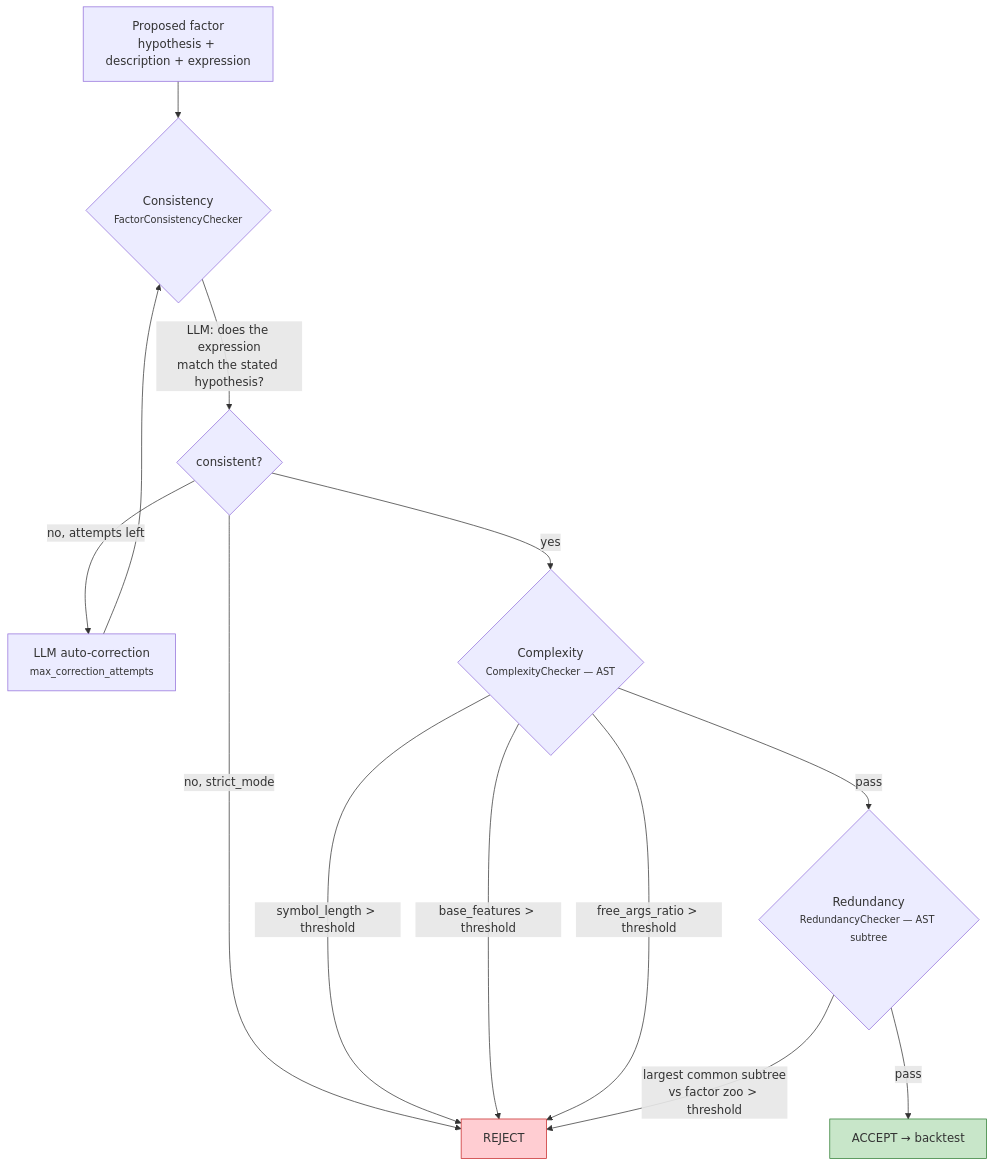
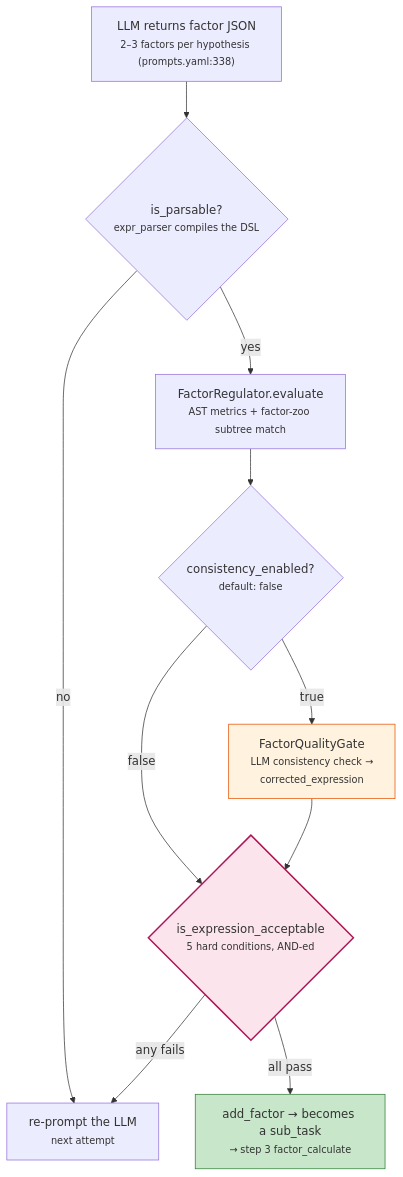
The tenth of 16 diagrams in Get_Started.md (ishmam02/QuantaAlpha), drawn with Mermaid before and after one commit. The commit also changed other lines of this file and 11 other files, not shown here.

````diff
--- a/Get_Started.md
+++ b/Get_Started.md
@@ -566,24 +640,17 @@
 ```mermaid
 flowchart TD
-    IN["Proposed factor<br/>hypothesis + description + expression"]
+    IN["LLM returns factor JSON<br/><small>2–3 factors per hypothesis (prompts.yaml:338)</small>"]
+    IN --> PARSE{"is_parsable?<br/><small>expr_parser compiles the DSL</small>"}
+    PARSE -->|no| RETRY["re-prompt the LLM<br/><small>next attempt</small>"]
+    PARSE -->|yes| EVAL["FactorRegulator.evaluate<br/><small>AST metrics + factor-zoo subtree match</small>"]
+    EVAL --> CONS{"consistency_enabled?<br/><small>default: false</small>"}
+    CONS -->|"true"| QG["FactorQualityGate<br/><small>LLM consistency check →<br/>corrected_expression</small>"]
+    CONS -->|"false"| GATE
+    QG --> GATE{"is_expression_acceptable<br/><small>5 hard conditions, AND-ed</small>"}
+    GATE -->|"any fails"| RETRY
+    GATE -->|"all pass"| ADD["add_factor → becomes a sub_task<br/><small>→ step 3 factor_calculate</small>"]
 
-    IN --> C1{"Consistency<br/><small>FactorConsistencyChecker</small>"}
-    C1 -->|"LLM: does the expression<br/>match the stated hypothesis?"| C1D{"consistent?"}
-    C1D -->|no, attempts left| FIX["LLM auto-correction<br/><small>max_correction_attempts</small>"]
-    FIX --> C1
-    C1D -->|"no, strict_mode"| REJ["REJECT"]
-    C1D -->|yes| C2
-
-    C2{"Complexity<br/><small>ComplexityChecker — AST</small>"}
-    C2 -->|"symbol_length > threshold"| REJ
-    C2 -->|"base_features > threshold"| REJ
-    C2 -->|"free_args_ratio > threshold"| REJ
-    C2 -->|pass| C3
-
-    C3{"Redundancy<br/><small>RedundancyChecker — AST subtree</small>"}
-    C3 -->|"largest common subtree<br/>vs factor zoo > threshold"| REJ
-    C3 -->|pass| ACC["ACCEPT → backtest"]
-
-    style REJ fill:#ffcdd2,stroke:#c62828
-    style ACC fill:#c8e6c9,stroke:#2e7d32
+    style GATE fill:#fce4ec,stroke:#ad1457,stroke-width:2px
+    style ADD fill:#c8e6c9,stroke:#2e7d32
+    style QG fill:#fff3e0,stroke:#e65100
 ```
````
